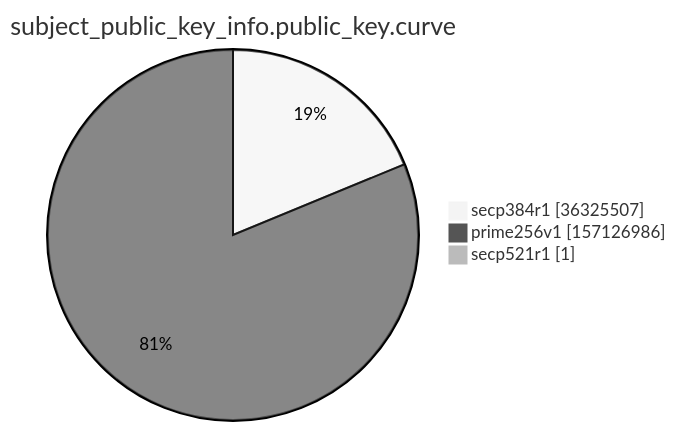
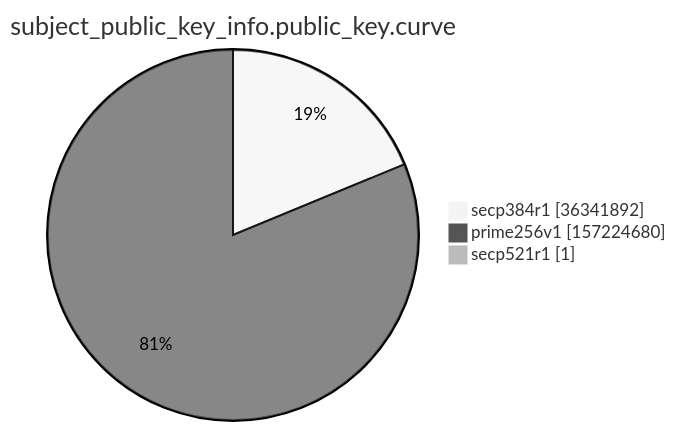
Before and after one commit to christiankrug/ctmonitor_visualization: the ninth of 15 diagrams in argon2022/README.md, drawn with Mermaid (neutral theme). The commit also changed other lines of this file, not shown here.

````diff
--- a/argon2022/README.md
+++ b/argon2022/README.md
@@ -2766,7 +2766,7 @@
 ```mermaid
 pie showData
 title subject_public_key_info.public_key.curve
-"secp384r1" :36325507
-"prime256v1" :157126986
+"secp384r1" :36341892
+"prime256v1" :157224680
 "secp521r1" :1
 ```
````
